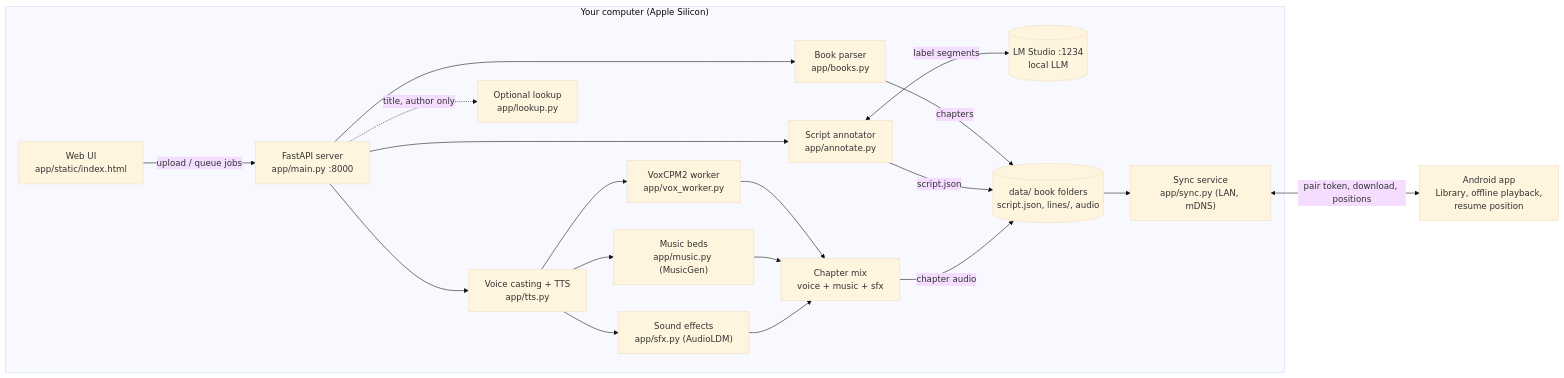
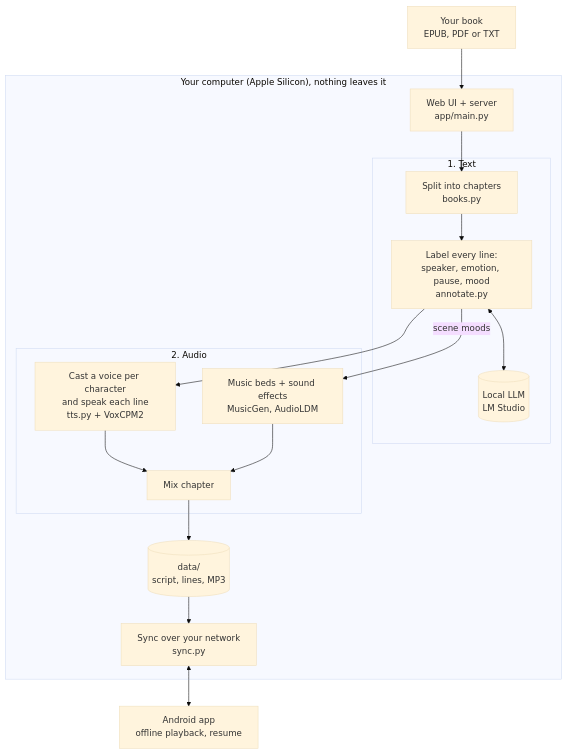
Before and after one commit to akjoshi12/Audiocast: the diagram in README.md, drawn with Mermaid (base theme). The commit also changed 2 other files, not shown here.

Commit message:
Promo: Bennet dialogue intro, eval scenes, cropped phone bar; simpler README diagram

````diff
--- a/README.md
+++ b/README.md
@@ -27,37 +27,33 @@
 ```mermaid
-flowchart LR
-    subgraph PC["Your computer (Apple Silicon)"]
-        UI["Web UI<br/>app/static/index.html"]
-        API["FastAPI server<br/>app/main.py :8000"]
-        BOOKS["Book parser<br/>app/books.py"]
-        ANN["Script annotator<br/>app/annotate.py"]
-        LLM[("LM Studio :1234<br/>local LLM")]
-        TTS["Voice casting + TTS<br/>app/tts.py"]
-        VOX["VoxCPM2 worker<br/>app/vox_worker.py"]
-        MUS["Music beds<br/>app/music.py (MusicGen)"]
-        SFX["Sound effects<br/>app/sfx.py (AudioLDM)"]
-        MIX["Chapter mix<br/>voice + music + sfx"]
-        DATA[("data/ book folders<br/>script.json, lines/, audio")]
-        SYNC["Sync service<br/>app/sync.py (LAN, mDNS)"]
-        WIKI["Optional lookup<br/>app/lookup.py"]
+flowchart TB
+    BOOK["Your book<br/>EPUB, PDF or TXT"] --> UI
+
+    subgraph PC["Your computer (Apple Silicon), nothing leaves it"]
+        UI["Web UI + server<br/>app/main.py"]
+
+        subgraph TEXT["1. Text"]
+            PARSE["Split into chapters<br/>books.py"]
+            ANN["Label every line:<br/>speaker, emotion, pause, mood<br/>annotate.py"]
+            LLM[("Local LLM<br/>LM Studio")]
+        end
+
+        subgraph AUDIO["2. Audio"]
+            VOICE["Cast a voice per character<br/>and speak each line<br/>tts.py + VoxCPM2"]
+            BED["Music beds + sound effects<br/>MusicGen, AudioLDM"]
+            MIX["Mix chapter"]
+        end
+
+        DATA[("data/<br/>script, lines, MP3")]
+        SYNC["Sync over your network<br/>sync.py"]
     end
-    PHONE["Android app<br/>Library, offline playback,<br/>resume position"]
 
-    UI -->|"upload / queue jobs"| API
-    API --> BOOKS
-    BOOKS -->|"chapters"| DATA
-    API --> ANN
-    ANN <-->|"label segments"| LLM
-    ANN -->|"script.json"| DATA
-    API --> TTS
-    TTS --> VOX
-    TTS --> MUS
-    TTS --> SFX
-    VOX --> MIX
-    MUS --> MIX
-    SFX --> MIX
-    MIX -->|"chapter audio"| DATA
-    API -.->|"title, author only"| WIKI
-    DATA --> SYNC
-    SYNC <-->|"pair token, download, positions"| PHONE
+    PHONE["Android app<br/>offline playback, resume"]
+
+    UI --> PARSE --> ANN
+    ANN <--> LLM
+    ANN --> VOICE
+    ANN -->|"scene moods"| BED
+    VOICE --> MIX
+    BED --> MIX
+    MIX --> DATA --> SYNC <--> PHONE
 ```
````
